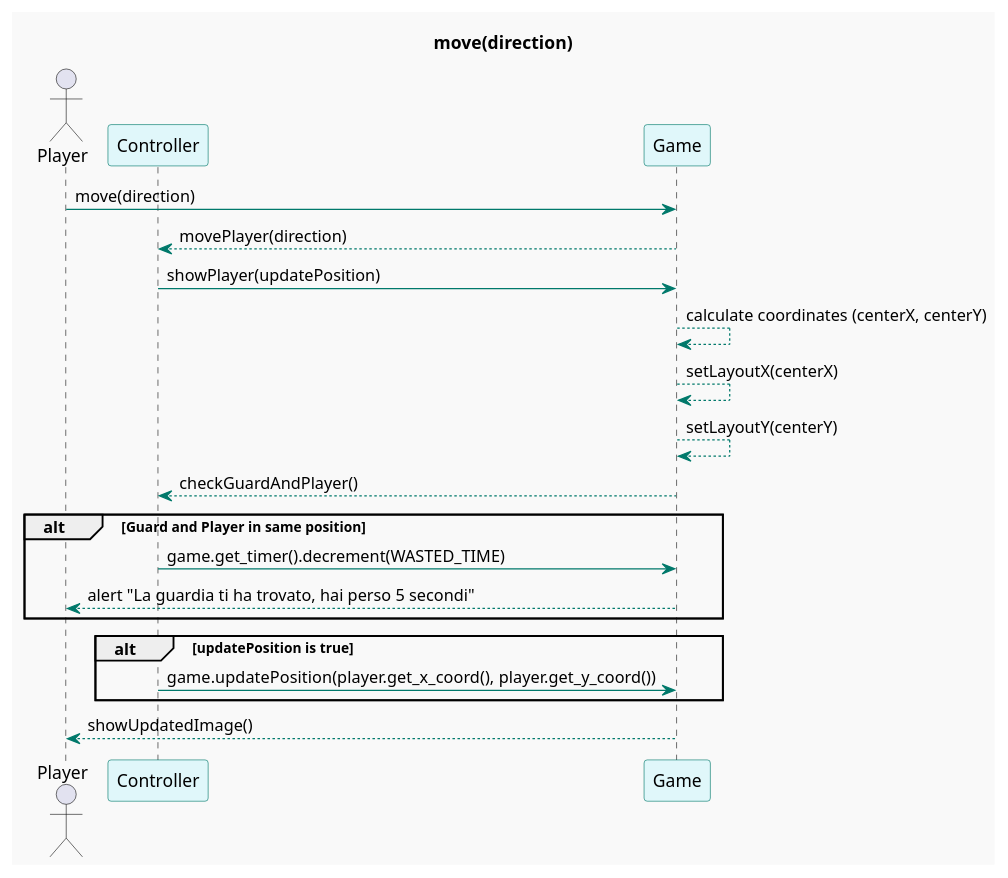
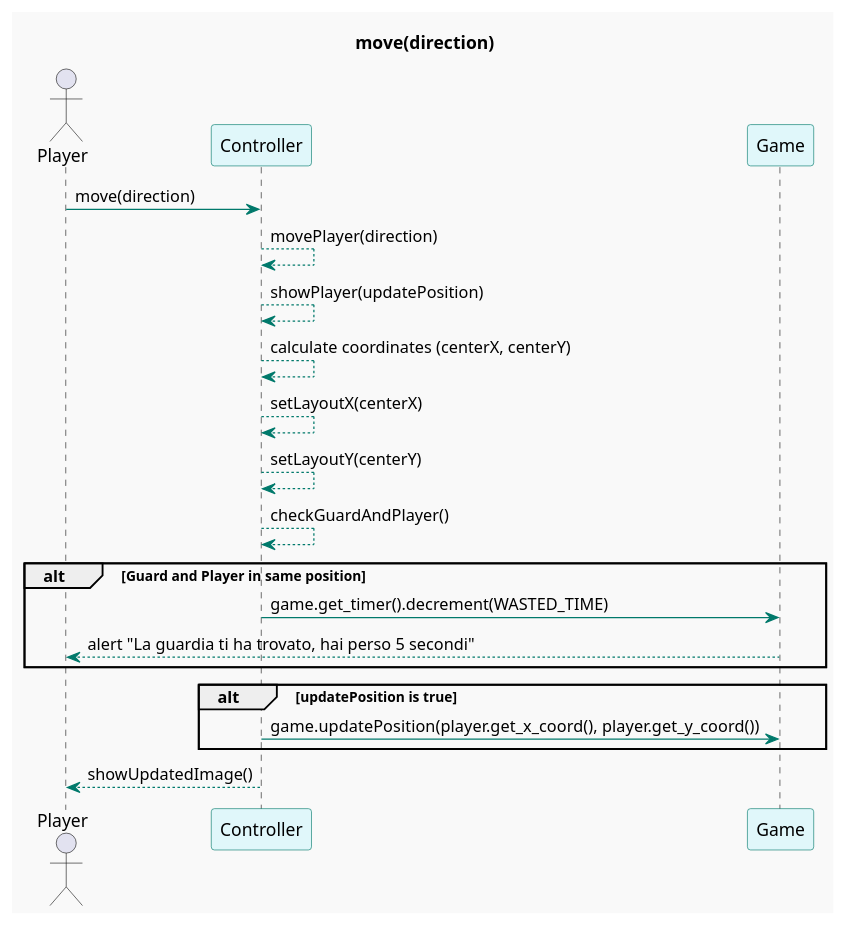
The first of 4 diagrams in internal_sequence_diagrams.md (marchettialessio/gastronomia_team14), drawn with PlantUML before and after one commit. The commit also changed other lines of this file, not shown here.

```diff
--- a/internal_sequence_diagrams.md
+++ b/internal_sequence_diagrams.md
@@ -1,36 +1,36 @@
 @startuml
 
 title move(direction)
 
 skinparam backgroundColor #f9f9f9
 skinparam participantBackgroundColor #e0f7fa
 skinparam participantBorderColor #00796b
 skinparam sequenceArrowColor #00796b
 skinparam sequenceBoxBackgroundColor #b2dfdb
 skinparam sequenceBoxBorderColor #004d40
 skinparam criticalBackgroundColor #ffcdd2
 skinparam criticalBorderColor #b71c1c
 skinparam altBackgroundColor #d1c4e9
 skinparam altBorderColor #512da8
 
 actor Player
 participant Controller
 participant Game
 
-Player -> Game: move(direction)
-Game --> Controller: movePlayer(direction)
-Controller -> Game : showPlayer(updatePosition)
-Game --> Game : calculate coordinates (centerX, centerY)
-Game --> Game : setLayoutX(centerX)
-Game --> Game : setLayoutY(centerY)
-Game --> Controller : checkGuardAndPlayer()
+Player -> Controller: move(direction)
+Controller --> Controller: movePlayer(direction)
+Controller --> Controller : showPlayer(updatePosition)
+Controller --> Controller : calculate coordinates (centerX, centerY)
+Controller --> Controller : setLayoutX(centerX)
+Controller --> Controller : setLayoutY(centerY)
+Controller --> Controller : checkGuardAndPlayer()
 alt Guard and Player in same position
     Controller -> Game : game.get_timer().decrement(WASTED_TIME)
     Game --> Player: alert "La guardia ti ha trovato, hai perso 5 secondi"
 end
 alt updatePosition is true
     Controller -> Game : game.updatePosition(player.get_x_coord(), player.get_y_coord())
 end
-Game --> Player: showUpdatedImage()
+Controller --> Player: showUpdatedImage()
 
 @enduml
```
